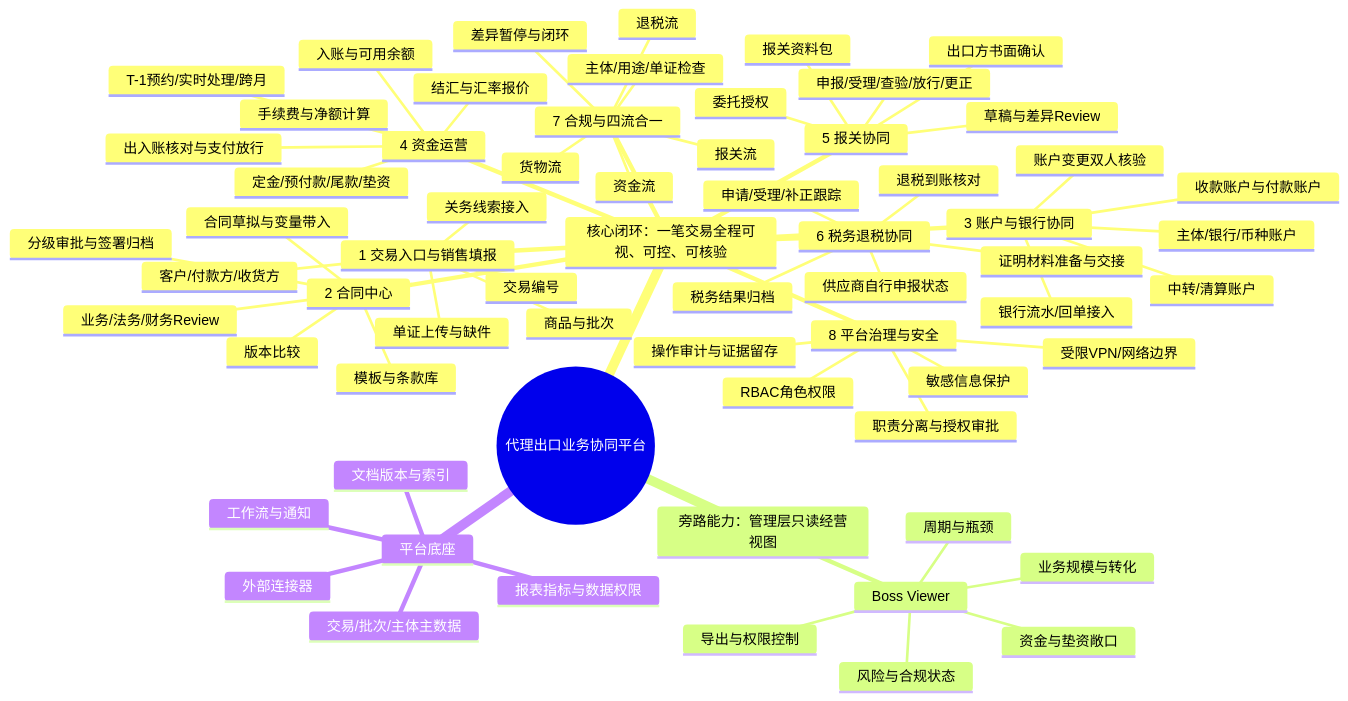
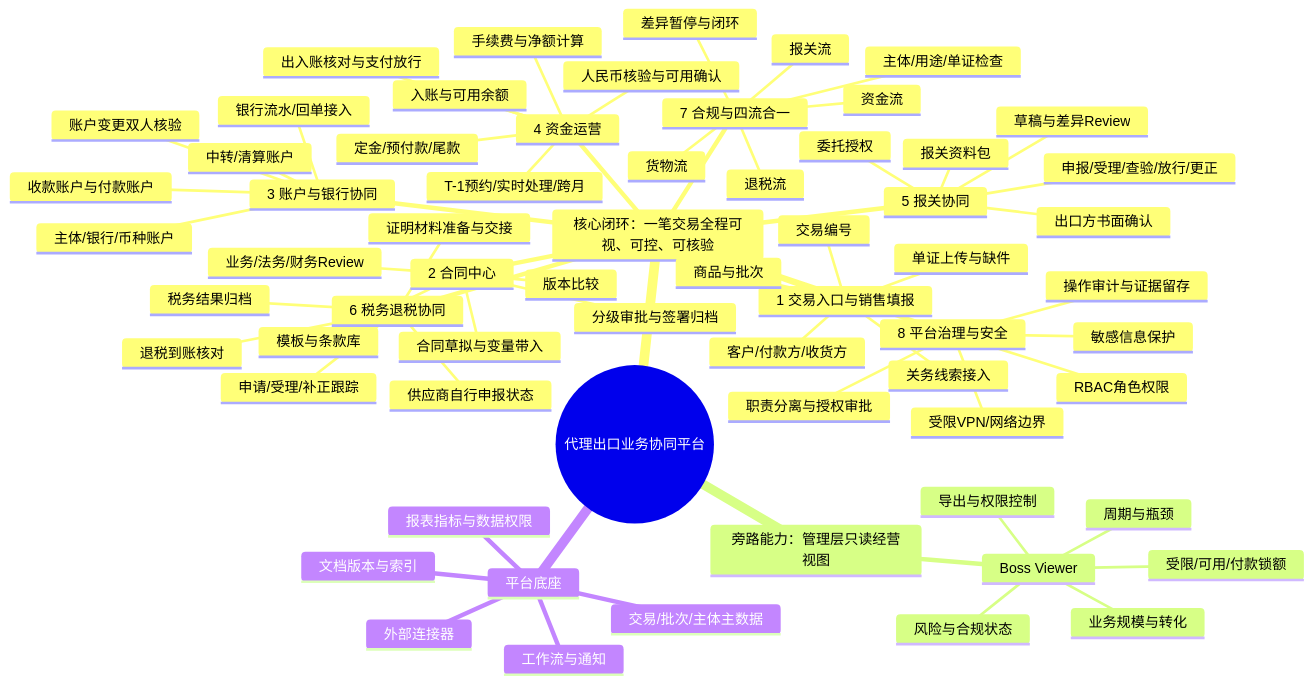
One commit to cnhrg/ExportFlowManageSystem changed the diagram in 交付成果/资方展示_产品功能原型设计.md. Above: the diagram before and after it, drawn with Mermaid. The commit also changed other lines of this file and 434 other files, not shown here.

````diff
--- a/交付成果/资方展示_产品功能原型设计.md
+++ b/交付成果/资方展示_产品功能原型设计.md
@@ -30,68 +30,68 @@
 ```mermaid
 mindmap
   root((代理出口业务协同平台))
     核心闭环：一笔交易全程可视、可控、可核验
       1 交易入口与销售填报
         关务线索接入
         客户/付款方/收货方
         商品与批次
         单证上传与缺件
         交易编号
       2 合同中心
         模板与条款库
         合同草拟与变量带入
         版本比较
         业务/法务/财务Review
         分级审批与签署归档
       3 账户与银行协同
         主体/银行/币种账户
         收款账户与付款账户
         中转/清算账户
         银行流水/回单接入
         账户变更双人核验
       4 资金运营
         入账与可用余额
-        结汇与汇率报价
+        人民币核验与可用确认
         T-1预约/实时处理/跨月
         手续费与净额计算
-        定金/预付款/尾款/垫资
+        定金/预付款/尾款
         出入账核对与支付放行
       5 报关协同
         报关资料包
         草稿与差异Review
         委托授权
         出口方书面确认
         申报/受理/查验/放行/更正
       6 税务退税协同
         证明材料准备与交接
         申请/受理/补正跟踪
         税务结果归档
         供应商自行申报状态
         退税到账核对
       7 合规与四流合一
         货物流
         报关流
         资金流
         退税流
         主体/用途/单证检查
         差异暂停与闭环
       8 平台治理与安全
         RBAC角色权限
         职责分离与授权审批
         受限VPN/网络边界
         操作审计与证据留存
         敏感信息保护
     旁路能力：管理层只读经营视图
       Boss Viewer
         业务规模与转化
-        资金与垫资敞口
+        受限/可用/付款锁额
         周期与瓶颈
         风险与合规状态
         导出与权限控制
     平台底座
       交易/批次/主体主数据
       工作流与通知
       文档版本与索引
       外部连接器
       报表指标与数据权限
 ```
````
